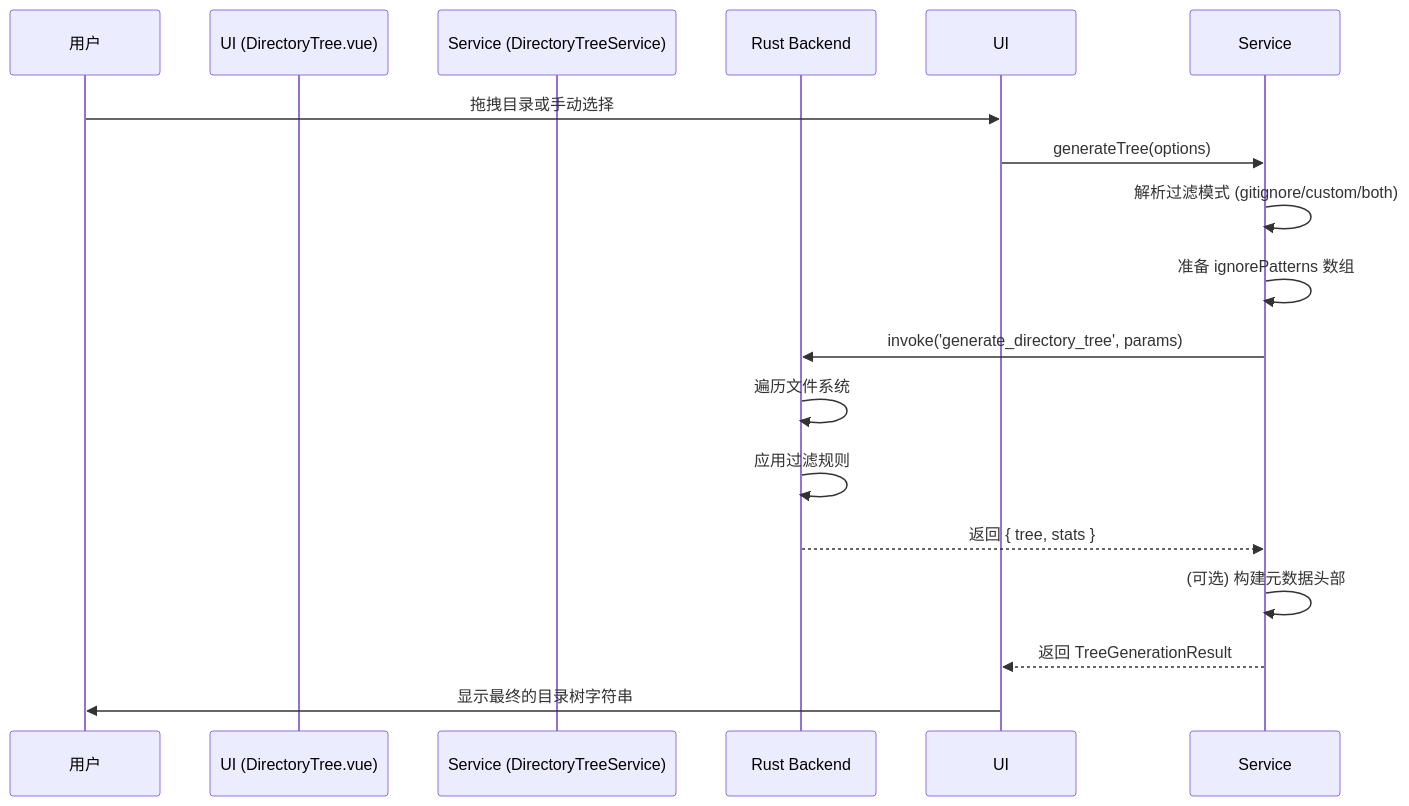
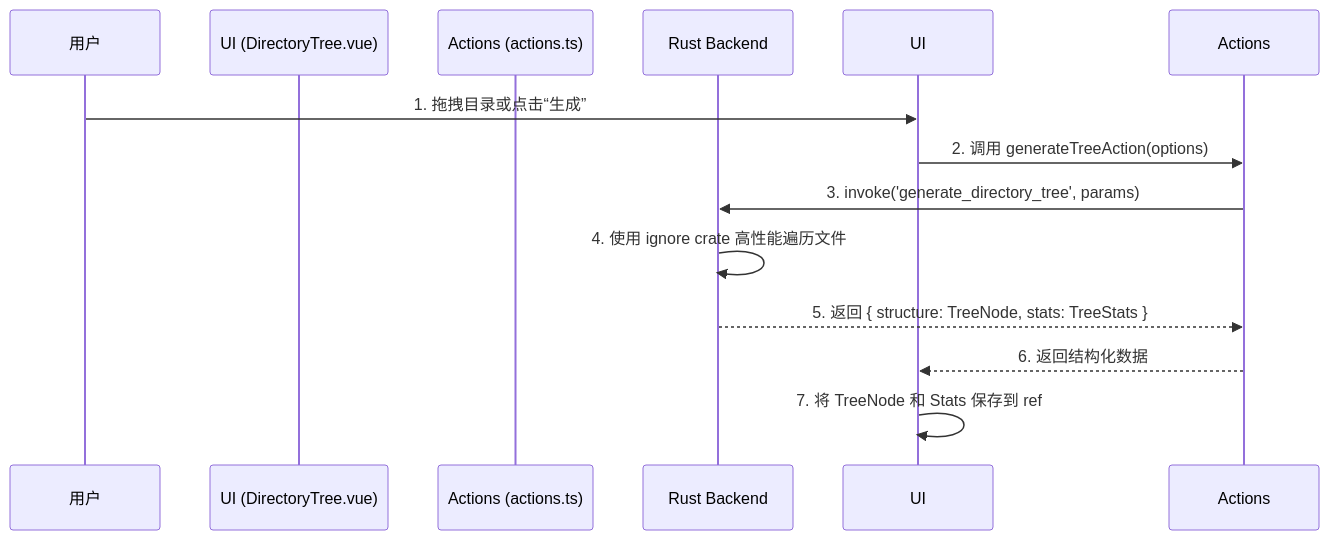
One commit to miaotouy/aio-hub changed the first of 2 diagrams in src/tools/directory-tree/ARCHITECTURE.md. Above: the diagram before and after it, drawn with Mermaid. The commit also changed other lines of this file and 4 other files, not shown here.

````diff
--- a/src/tools/directory-tree/ARCHITECTURE.md
+++ b/src/tools/directory-tree/ARCHITECTURE.md
@@ -36,21 +55,15 @@
 ```mermaid
 sequenceDiagram
     participant User as 用户
     participant UI (DirectoryTree.vue)
-    participant Service (DirectoryTreeService)
+    participant Actions (actions.ts)
     participant Rust as Rust Backend
 
-    User->>UI: 拖拽目录或手动选择
-    UI->>Service: generateTree(options)
-    Service->>Service: 解析过滤模式 (gitignore/custom/both)
-    Service->>Service: 准备 ignorePatterns 数组
-    Service->>Rust: invoke('generate_directory_tree', params)
-
-    Rust->>Rust: 遍历文件系统
-    Rust->>Rust: 应用过滤规则
-    Rust-->>Service: 返回 { tree, stats }
-
-    Service->>Service: (可选) 构建元数据头部
-    Service-->>UI: 返回 TreeGenerationResult
-    UI->>User: 显示最终的目录树字符串
+    User->>UI: 1. 拖拽目录或点击“生成”
+    UI->>Actions: 2. 调用 generateTreeAction(options)
+    Actions->>Rust: 3. invoke('generate_directory_tree', params)
+    Rust->>Rust: 4. 使用 ignore crate 高性能遍历文件
+    Rust-->>Actions: 5. 返回 { structure: TreeNode, stats: TreeStats }
+    Actions-->>UI: 6. 返回结构化数据
+    UI->>UI: 7. 将 TreeNode 和 Stats 保存到 ref
 ```
````
